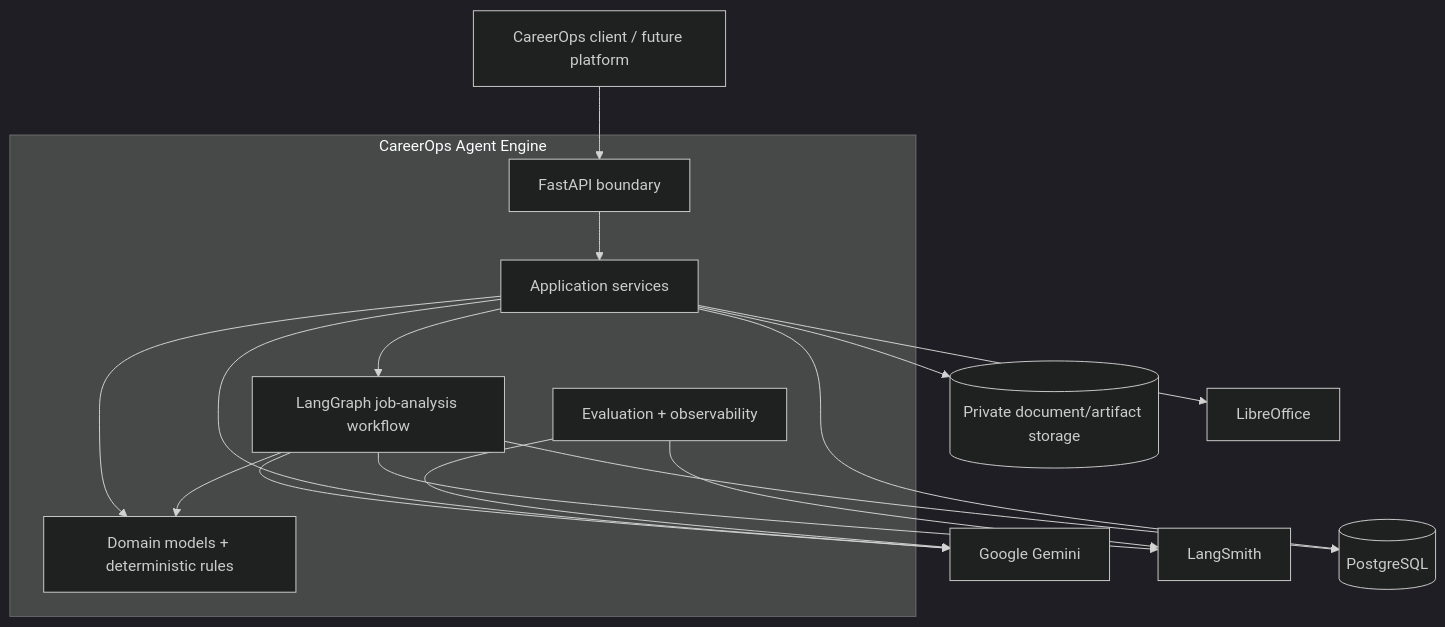
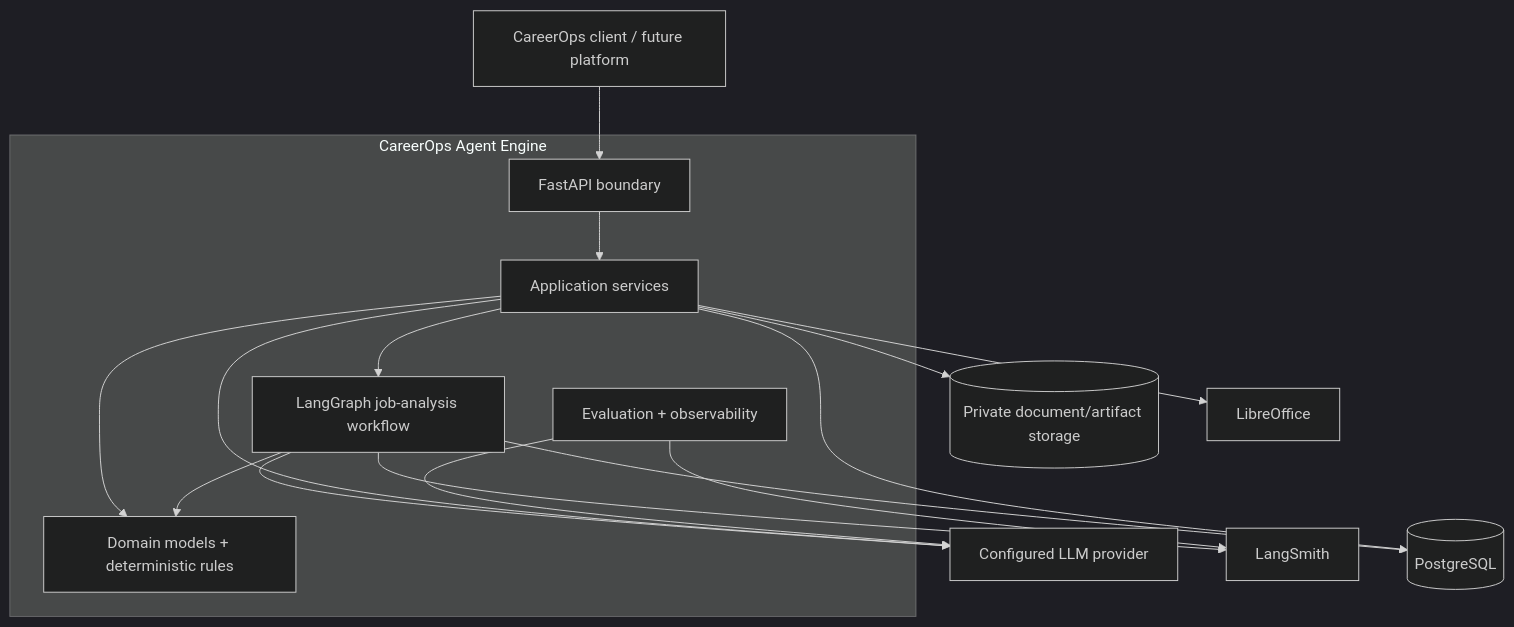
The first of 4 diagrams in docs/ARCHITECTURE.md (ha7n23/careerops-agent-engine), drawn with Mermaid (dark theme) before and after one commit. The commit also changed other lines of this file and 12 other files, not shown here.

Commit message:
refactor: make LLM adapters provider neutral

````diff
--- a/docs/ARCHITECTURE.md
+++ b/docs/ARCHITECTURE.md
@@ -24,33 +24,33 @@
 ```mermaid
 flowchart TB
     Client[CareerOps client / future platform]
 
     subgraph Engine[CareerOps Agent Engine]
         API[FastAPI boundary]
         App[Application services]
         Graph[LangGraph job-analysis workflow]
         Domain[Domain models + deterministic rules]
         Eval[Evaluation + observability]
     end
 
-    Gemini[Google Gemini]
+    LLM[Configured LLM provider]
     Smith[LangSmith]
     DB[(PostgreSQL)]
     Files[(Private document/artifact storage)]
     LO[LibreOffice]
 
     Client --> API
     API --> App
     App --> Graph
     App --> Domain
     Graph --> Domain
-    Graph --> Gemini
-    App --> Gemini
+    Graph --> LLM
+    App --> LLM
     Graph --> DB
     App --> DB
     App --> Files
     App --> LO
     Graph --> Smith
-    Eval --> Gemini
+    Eval --> LLM
     Eval --> Smith
 ```
````
